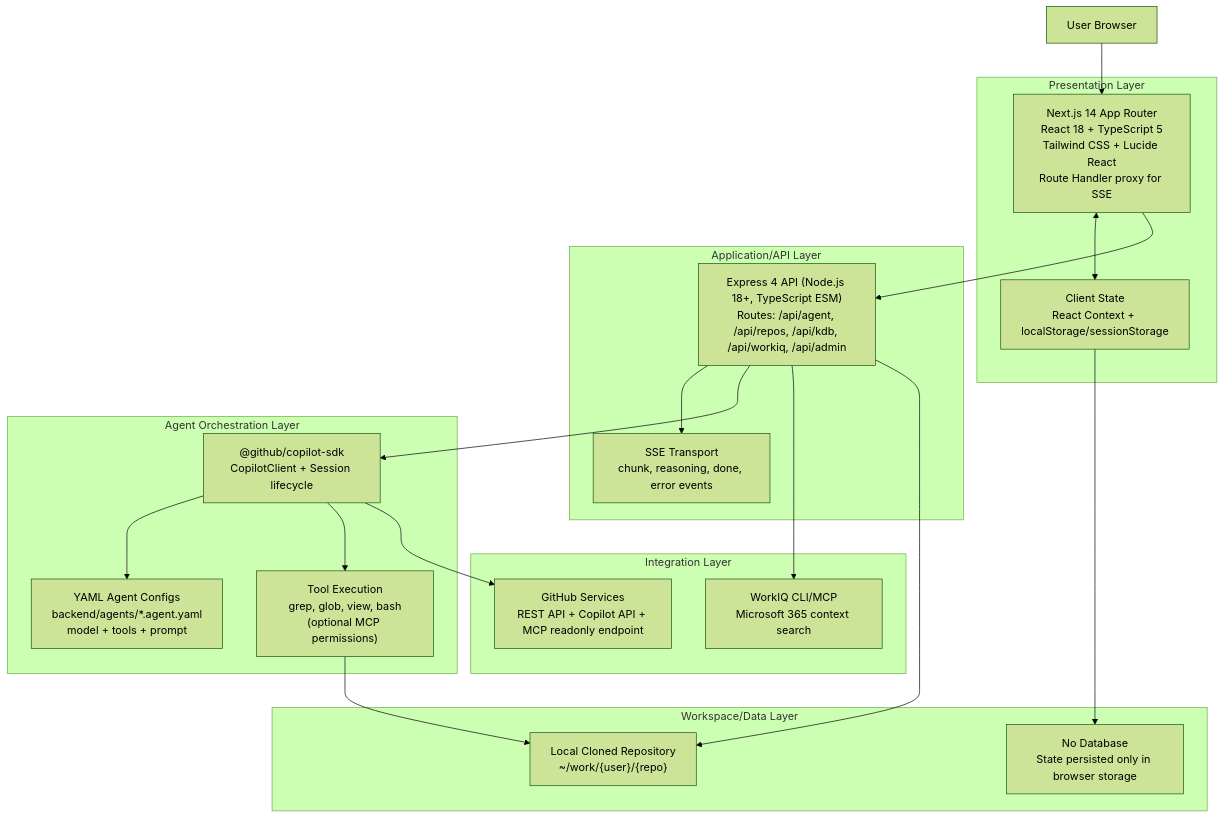
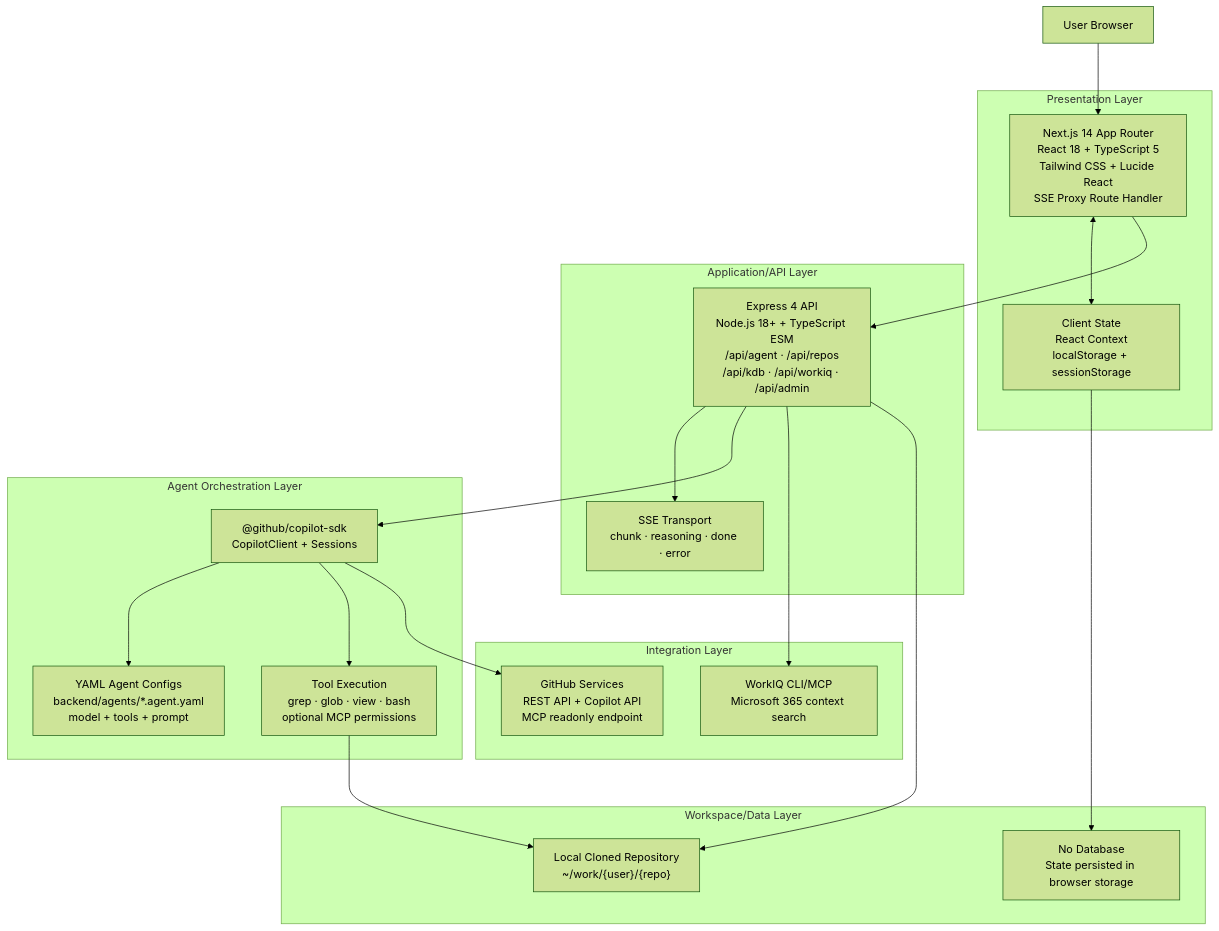
Before and after one commit to gherrerz/agentic-web-spec: the first of 7 diagrams in ARCHITECTURE.md, drawn with Mermaid (forest theme). The commit also changed other lines of this file, not shown here.

Commit message:
docs: mejora legibilidad de diagramas mermaid

````diff
--- a/ARCHITECTURE.md
+++ b/ARCHITECTURE.md
@@ -15,43 +15,44 @@
 ```mermaid
+%%{init: {'flowchart': {'nodeSpacing': 55, 'rankSpacing': 70, 'htmlLabels': true}}}%%
 flowchart TB
     User["User Browser"]
 
     subgraph L1["Presentation Layer"]
-        FE["Next.js 14 App Router\nReact 18 + TypeScript 5\nTailwind CSS + Lucide React\nRoute Handler proxy for SSE"]
-        State["Client State\nReact Context + localStorage/sessionStorage"]
+        FE["Next.js 14 App Router<br/>React 18 + TypeScript 5<br/>Tailwind CSS + Lucide React<br/>SSE Proxy Route Handler"]
+        State["Client State<br/>React Context<br/>localStorage + sessionStorage"]
     end
 
     subgraph L2["Application/API Layer"]
-        API["Express 4 API (Node.js 18+, TypeScript ESM)\nRoutes: /api/agent, /api/repos, /api/kdb, /api/workiq, /api/admin"]
-        Stream["SSE Transport\nchunk, reasoning, done, error events"]
+        API["Express 4 API<br/>Node.js 18+ + TypeScript ESM<br/>/api/agent · /api/repos<br/>/api/kdb · /api/workiq · /api/admin"]
+        Stream["SSE Transport<br/>chunk · reasoning · done · error"]
     end
 
     subgraph L3["Agent Orchestration Layer"]
-        SDK["@github/copilot-sdk\nCopilotClient + Session lifecycle"]
-        Config["YAML Agent Configs\nbackend/agents/*.agent.yaml\nmodel + tools + prompt"]
-        Tools["Tool Execution\ngrep, glob, view, bash\n(optional MCP permissions)"]
+        SDK["@github/copilot-sdk<br/>CopilotClient + Sessions"]
+        Config["YAML Agent Configs<br/>backend/agents/*.agent.yaml<br/>model + tools + prompt"]
+        Tools["Tool Execution<br/>grep · glob · view · bash<br/>optional MCP permissions"]
     end
 
     subgraph L4["Integration Layer"]
-        GH["GitHub Services\nREST API + Copilot API + MCP readonly endpoint"]
-        WQ["WorkIQ CLI/MCP\nMicrosoft 365 context search"]
+        GH["GitHub Services<br/>REST API + Copilot API<br/>MCP readonly endpoint"]
+        WQ["WorkIQ CLI/MCP<br/>Microsoft 365 context search"]
     end
 
     subgraph L5["Workspace/Data Layer"]
-        Repo["Local Cloned Repository\n~/work/{user}/{repo}"]
-        NoDB["No Database\nState persisted only in browser storage"]
+        Repo["Local Cloned Repository<br/>~/work/{user}/{repo}"]
+        NoDB["No Database<br/>State persisted in browser storage"]
     end
 
     User --> FE
     FE <--> State
     FE --> API
     API --> Stream
     API --> SDK
     SDK --> Config
     SDK --> Tools
     SDK --> GH
     API --> WQ
     Tools --> Repo
     API --> Repo
     State --> NoDB
 ```
````
